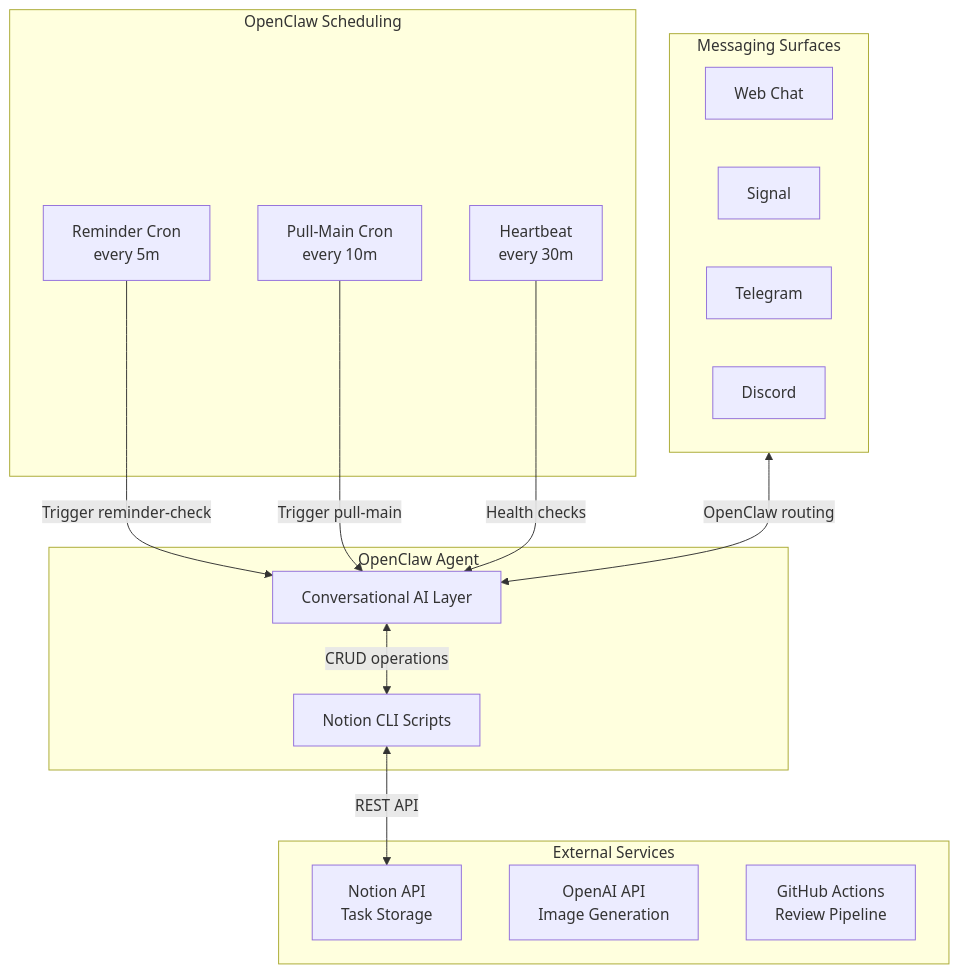
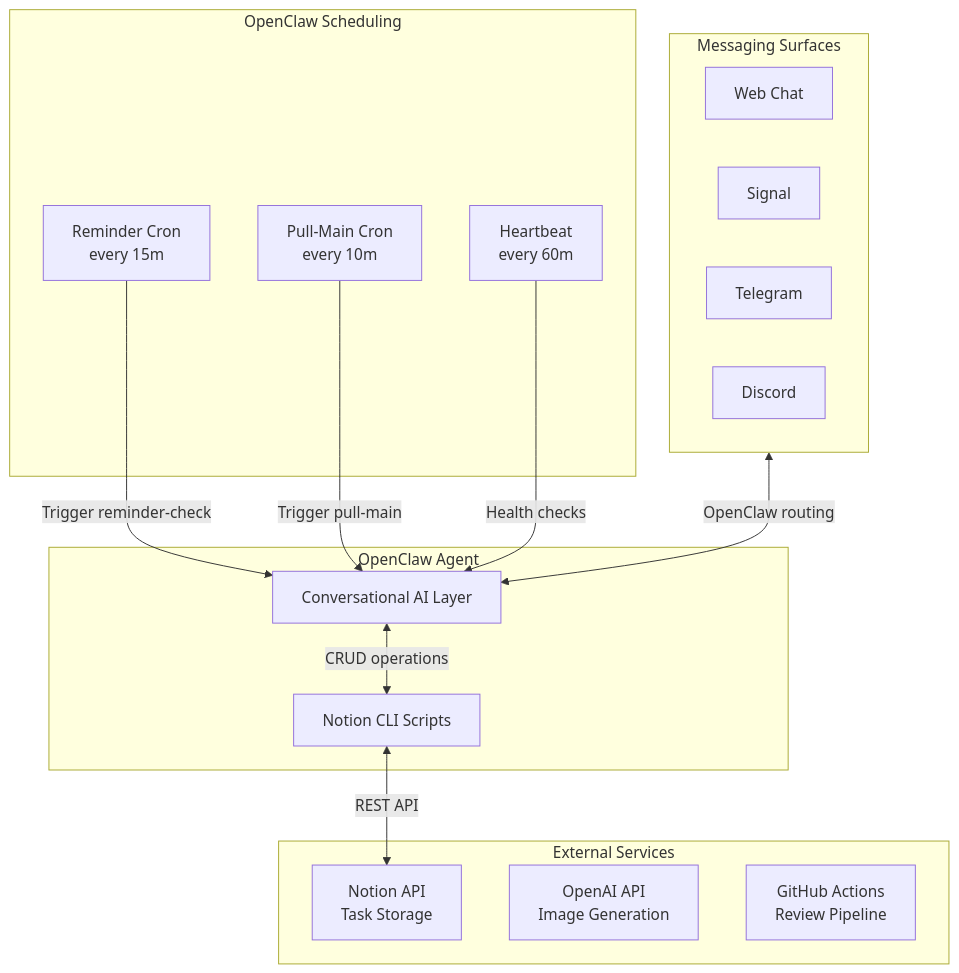
One commit to NickBorgersProbably/hide-my-list changed the first of 6 diagrams in docs/architecture.md. Above: the diagram before and after it, drawn with Mermaid. The commit also changed other lines of this file and 10 other files, not shown here.

````diff
--- a/docs/architecture.md
+++ b/docs/architecture.md
@@ -14,33 +14,33 @@
 ```mermaid
 flowchart TB
     subgraph Agent["OpenClaw Agent"]
         AI[Conversational AI Layer]
         Scripts[Notion CLI Scripts]
     end
 
     subgraph Scheduling["OpenClaw Scheduling"]
-        Heartbeat[Heartbeat<br/>every 30m]
-        ReminderCron[Reminder Cron<br/>every 5m]
+        Heartbeat[Heartbeat<br/>every 60m]
+        ReminderCron[Reminder Cron<br/>every 15m]
         PullMainCron[Pull-Main Cron<br/>every 10m]
     end
 
     subgraph Messaging["Messaging Surfaces"]
         Web[Web Chat]
         Signal[Signal]
         Telegram[Telegram]
         Discord[Discord]
     end
 
     subgraph External["External Services"]
         Notion[Notion API<br/>Task Storage]
         OpenAI[OpenAI API<br/>Image Generation]
         GitHub[GitHub Actions<br/>Review Pipeline]
     end
 
     Messaging <-->|OpenClaw routing| AI
     AI <-->|CRUD operations| Scripts
     Scripts <-->|REST API| Notion
     ReminderCron -->|Trigger reminder-check| AI
     PullMainCron -->|Trigger pull-main| AI
     Heartbeat -->|Health checks| AI
 ```
````
